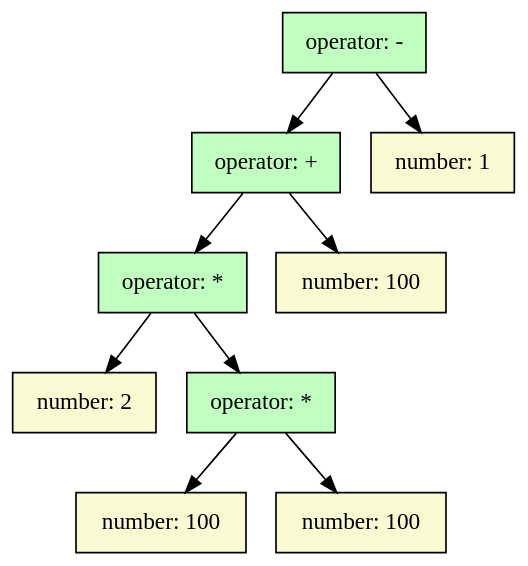
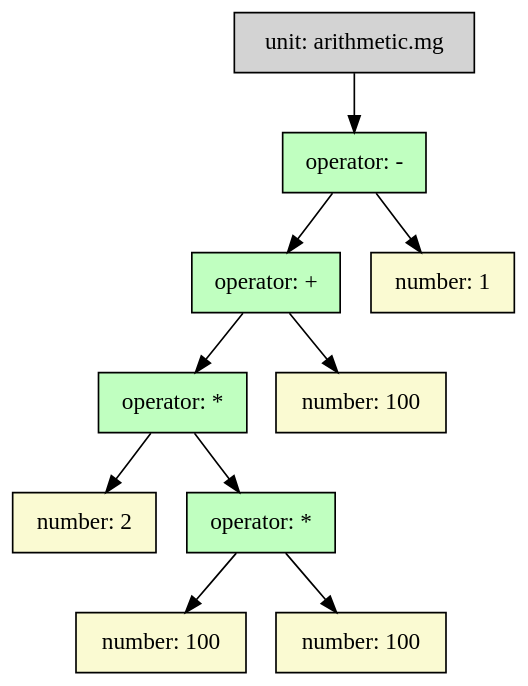
Before and after one commit to monogram-project/monogram: the second of 2 diagrams in docs/arithmetic.md, drawn with Graphviz. The commit also changed other lines of this file and 10 other files, not shown here.

````diff
--- a/docs/arithmetic.md
+++ b/docs/arithmetic.md
@@ -173,23 +186,25 @@
 ```dot
 digraph G {
   bgcolor="transparent";
   node [shape="box", style="filled", fontname="Ubuntu Mono"];
-  "131376597796160" [label="operator: -", shape="box", fillcolor="#C0FFC0"];
-  "131376597796240" [label="operator: +", shape="box", fillcolor="#C0FFC0"];
-  "131376597796160" -> "131376597796240";
-  "131376597796320" [label="operator: *", shape="box", fillcolor="#C0FFC0"];
-  "131376597796240" -> "131376597796320";
-  "131376597796400" [label="number: 2", shape="box", fillcolor="lightgoldenrodyellow"];
-  "131376597796320" -> "131376597796400";
-  "131376597796480" [label="operator: *", shape="box", fillcolor="#C0FFC0"];
-  "131376597796320" -> "131376597796480";
-  "131376597796560" [label="number: 100", shape="box", fillcolor="lightgoldenrodyellow"];
-  "131376597796480" -> "131376597796560";
-  "131376597796640" [label="number: 100", shape="box", fillcolor="lightgoldenrodyellow"];
-  "131376597796480" -> "131376597796640";
-  "131376597796720" [label="number: 100", shape="box", fillcolor="lightgoldenrodyellow"];
-  "131376597796240" -> "131376597796720";
-  "131376597796800" [label="number: 1", shape="box", fillcolor="lightgoldenrodyellow"];
-  "131376597796160" -> "131376597796800";
+  "node_0xc0000a8570" [label="unit: arithmetic.mg", shape="box", fillcolor="lightgray"];
+  "node_0xc0000a8510" [label="operator: -", shape="box", fillcolor="#C0FFC0"];
+  "node_0xc0000a8570" -> "node_0xc0000a8510";
+  "node_0xc0000a8450" [label="operator: +", shape="box", fillcolor="#C0FFC0"];
+  "node_0xc0000a8510" -> "node_0xc0000a8450";
+  "node_0xc0000a8390" [label="operator: *", shape="box", fillcolor="#C0FFC0"];
+  "node_0xc0000a8450" -> "node_0xc0000a8390";
+  "node_0xc0000a8210" [label="number: 2", shape="box", fillcolor="lightgoldenrodyellow"];
+  "node_0xc0000a8390" -> "node_0xc0000a8210";
+  "node_0xc0000a8330" [label="operator: *", shape="box", fillcolor="#C0FFC0"];
+  "node_0xc0000a8390" -> "node_0xc0000a8330";
+  "node_0xc0000a8270" [label="number: 100", shape="box", fillcolor="lightgoldenrodyellow"];
+  "node_0xc0000a8330" -> "node_0xc0000a8270";
+  "node_0xc0000a82d0" [label="number: 100", shape="box", fillcolor="lightgoldenrodyellow"];
+  "node_0xc0000a8330" -> "node_0xc0000a82d0";
+  "node_0xc0000a83f0" [label="number: 100", shape="box", fillcolor="lightgoldenrodyellow"];
+  "node_0xc0000a8450" -> "node_0xc0000a83f0";
+  "node_0xc0000a84b0" [label="number: 1", shape="box", fillcolor="lightgoldenrodyellow"];
+  "node_0xc0000a8510" -> "node_0xc0000a84b0";
 }
 ```
````
